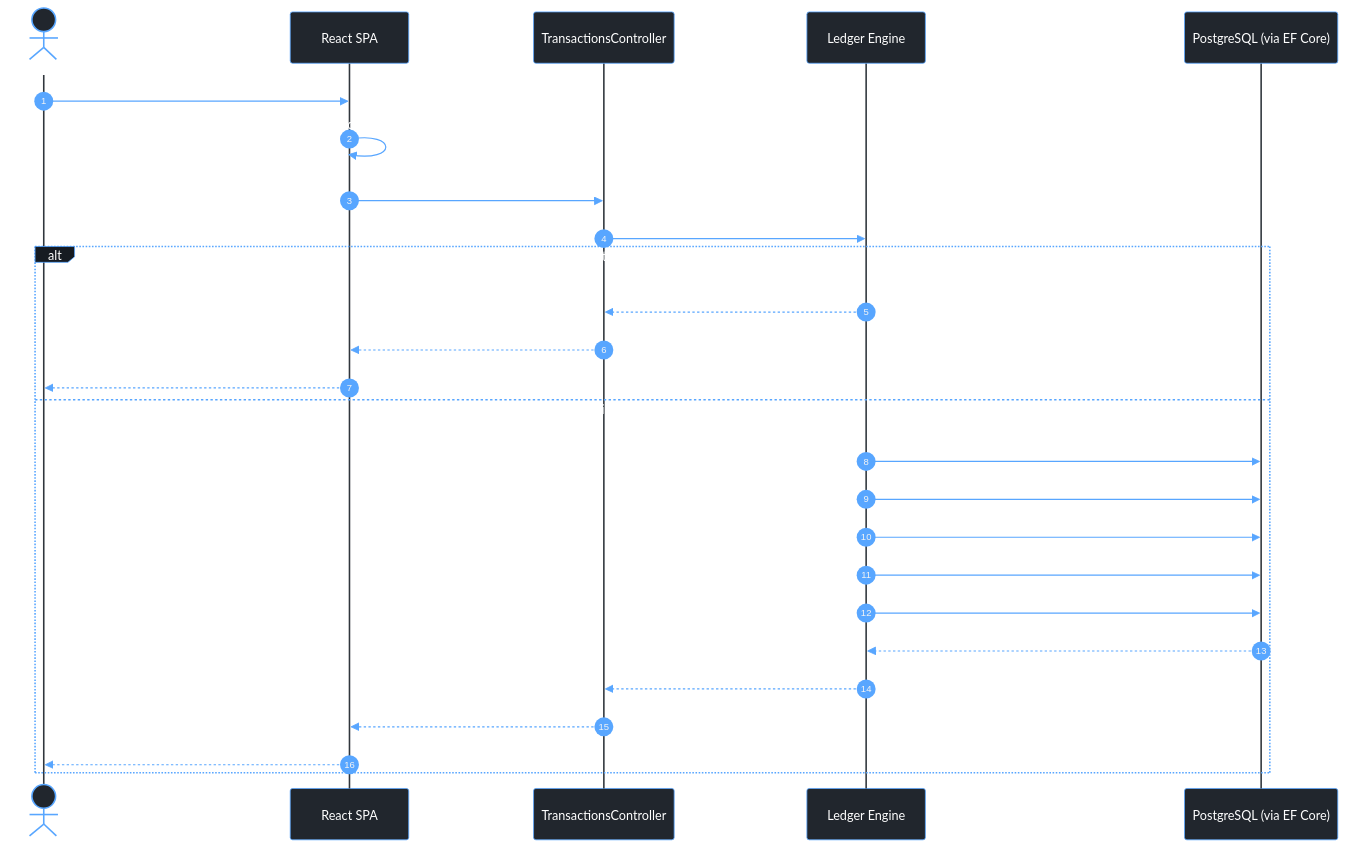
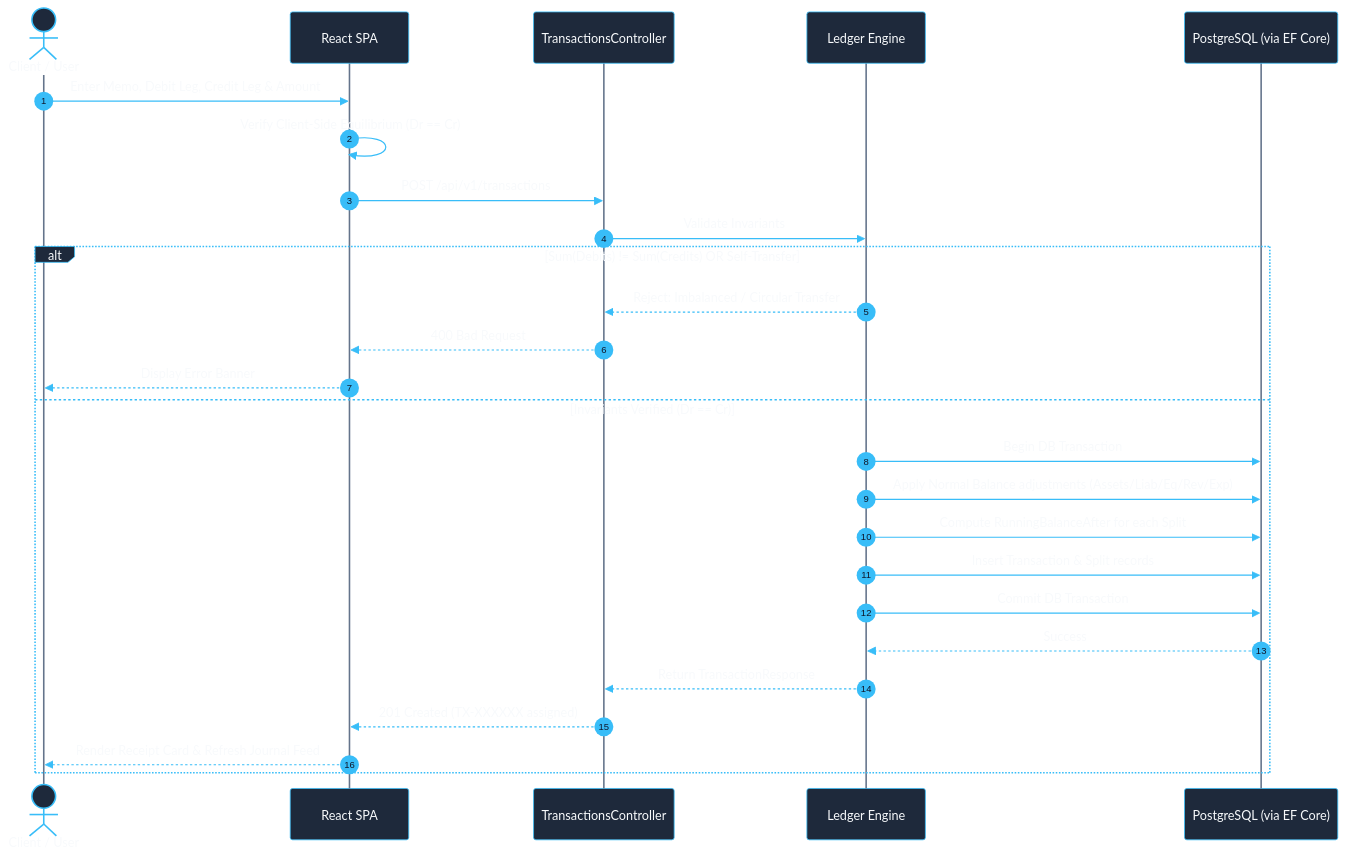
Before and after one commit to SaifullahMnsur-Again/Mini-Transaction-Ledger: the third of 3 diagrams in README.md, drawn with Mermaid.

Commit message:
docs: wrap sequence diagram in high-contrast card for light and dark modes

````diff
--- a/README.md
+++ b/README.md
@@ -145,51 +145,53 @@
 ```mermaid
 %%{init: {
   'theme': 'base',
   'themeVariables': {
-    'actorBkg': '#21262d',
-    'actorBorder': '#58a6ff',
-    'actorTextColor': '#ffffff',
-    'actorLineColor': '#30363d',
-    'signalColor': '#58a6ff',
-    'signalTextColor': '#ffffff',
-    'labelBoxBkgColor': '#161b22',
-    'labelBoxBorderColor': '#58a6ff',
-    'labelTextColor': '#ffffff',
-    'loopTextColor': '#ffffff',
-    'noteBorderColor': '#30363d',
-    'noteBkgColor': '#161b22',
-    'noteTextColor': '#ffffff',
-    'activationBorderColor': '#58a6ff',
-    'activationBkgColor': '#30363d'
+    'background': '#0f172a',
+    'actorBkg': '#1e293b',
+    'actorBorder': '#38bdf8',
+    'actorTextColor': '#f8fafc',
+    'actorLineColor': '#64748b',
+    'signalColor': '#38bdf8',
+    'signalTextColor': '#f8fafc',
+    'labelBoxBkgColor': '#1e293b',
+    'labelBoxBorderColor': '#38bdf8',
+    'labelTextColor': '#f8fafc',
+    'loopTextColor': '#f8fafc',
+    'noteBorderColor': '#475569',
+    'noteBkgColor': '#1e293b',
+    'noteTextColor': '#f8fafc',
+    'activationBorderColor': '#38bdf8',
+    'activationBkgColor': '#334155',
+    'altSectionBkgColor': '#1e293b',
+    'altSectionBorderColor': '#475569'
   }
 }}%%
 sequenceDiagram
     autonumber
     actor User as Client / User
     participant Front as React SPA
     participant Controller as TransactionsController
     participant Engine as Ledger Engine
     participant DB as PostgreSQL (via EF Core)
 
     User->>Front: Enter Memo, Debit Leg, Credit Leg & Amount
     Front->>Front: Verify Client-Side Equilibrium (Dr == Cr)
     Front->>Controller: POST /api/v1/transactions
     Controller->>Engine: Validate Invariants
     
     alt Sum(Debits) != Sum(Credits) OR Self-Transfer
         Engine-->>Controller: Reject: Imbalanced / Circular Transfer
         Controller-->>Front: 400 Bad Request
         Front-->>User: Display Error Banner
     else Invariants Verified (Dr == Cr)
         Engine->>DB: Begin DB Transaction
         Engine->>DB: Apply Normal Balance adjustments (Assets/Liab/Eq/Rev/Exp)
         Engine->>DB: Compute RunningBalanceAfter for each Split
         Engine->>DB: Insert Transaction & Split records
         Engine->>DB: Commit DB Transaction
         DB-->>Engine: Success
         Engine-->>Controller: Return TransactionResponse
         Controller-->>Front: 201 Created (TX-XXXXXX assigned)
         Front-->>User: Render Receipt Card & Refresh Journal Feed
     end
-
 ```
````
